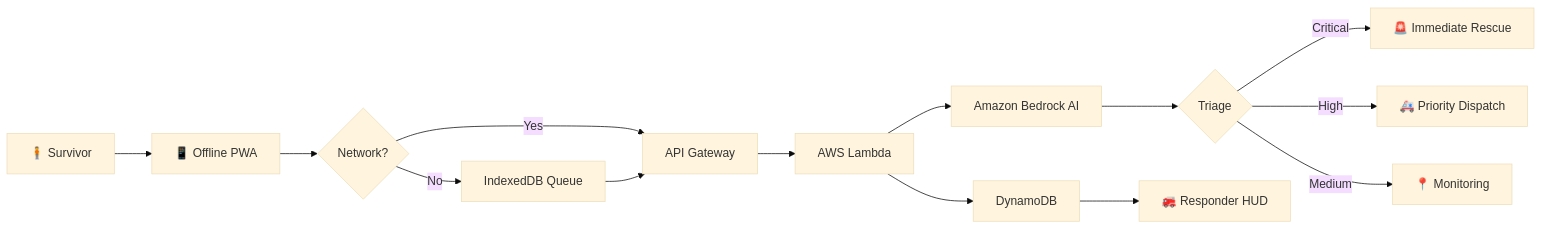
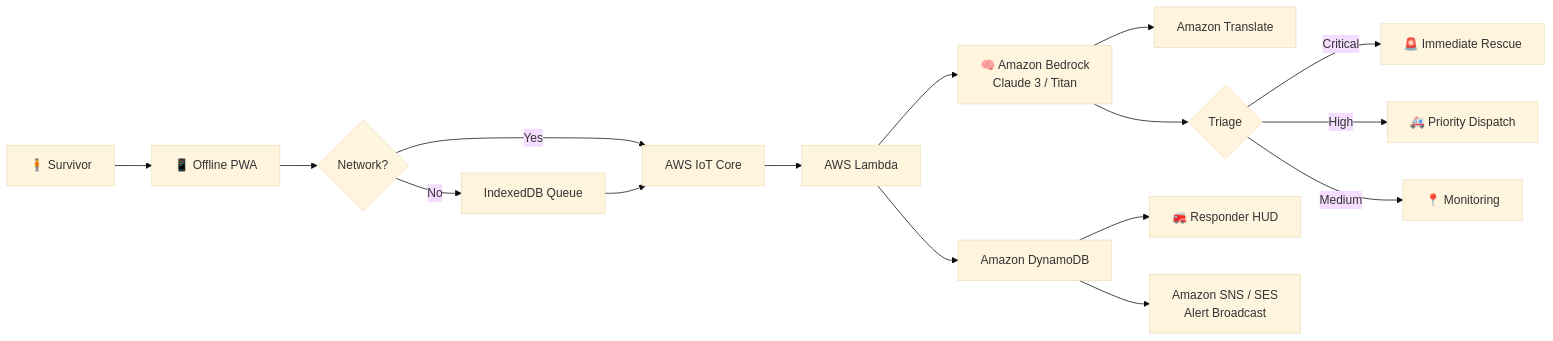
One commit to CyberCodezilla/Rescue-Link changed the first of 3 diagrams in README.md. Above: the diagram before and after it, drawn with Mermaid (base theme). The commit also changed other lines of this file, not shown here.

````diff
--- a/README.md
+++ b/README.md
@@ -46,13 +76,15 @@
 ```mermaid
 flowchart LR
 A[🧍 Survivor] --> B[📱 Offline PWA]
 B --> C{Network?}
-C -->|Yes| D[API Gateway]
+C -->|Yes| D[AWS IoT Core]
 C -->|No| E[IndexedDB Queue] --> D
-D --> G[AWS Lambda] --> H[Amazon Bedrock AI]
+D --> G[AWS Lambda] --> H["🧠 Amazon Bedrock<br/>Claude 3 / Titan"]
+H --> T[Amazon Translate]
 H --> I{Triage}
 I -->|Critical| J[🚨 Immediate Rescue]
 I -->|High| K[🚑 Priority Dispatch]
 I -->|Medium| L[📍 Monitoring]
-G --> M[DynamoDB] --> N[🚒 Responder HUD]
+G --> M[Amazon DynamoDB] --> N[🚒 Responder HUD]
+M --> S["Amazon SNS / SES<br/>Alert Broadcast"]
 ```
````
